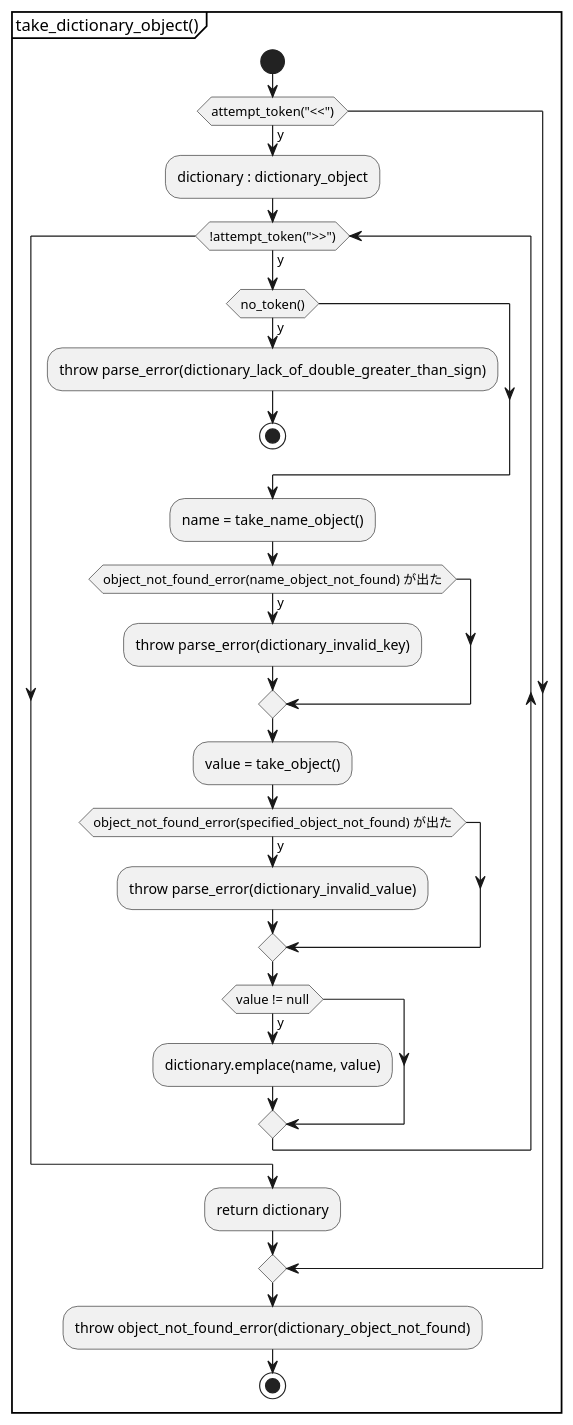
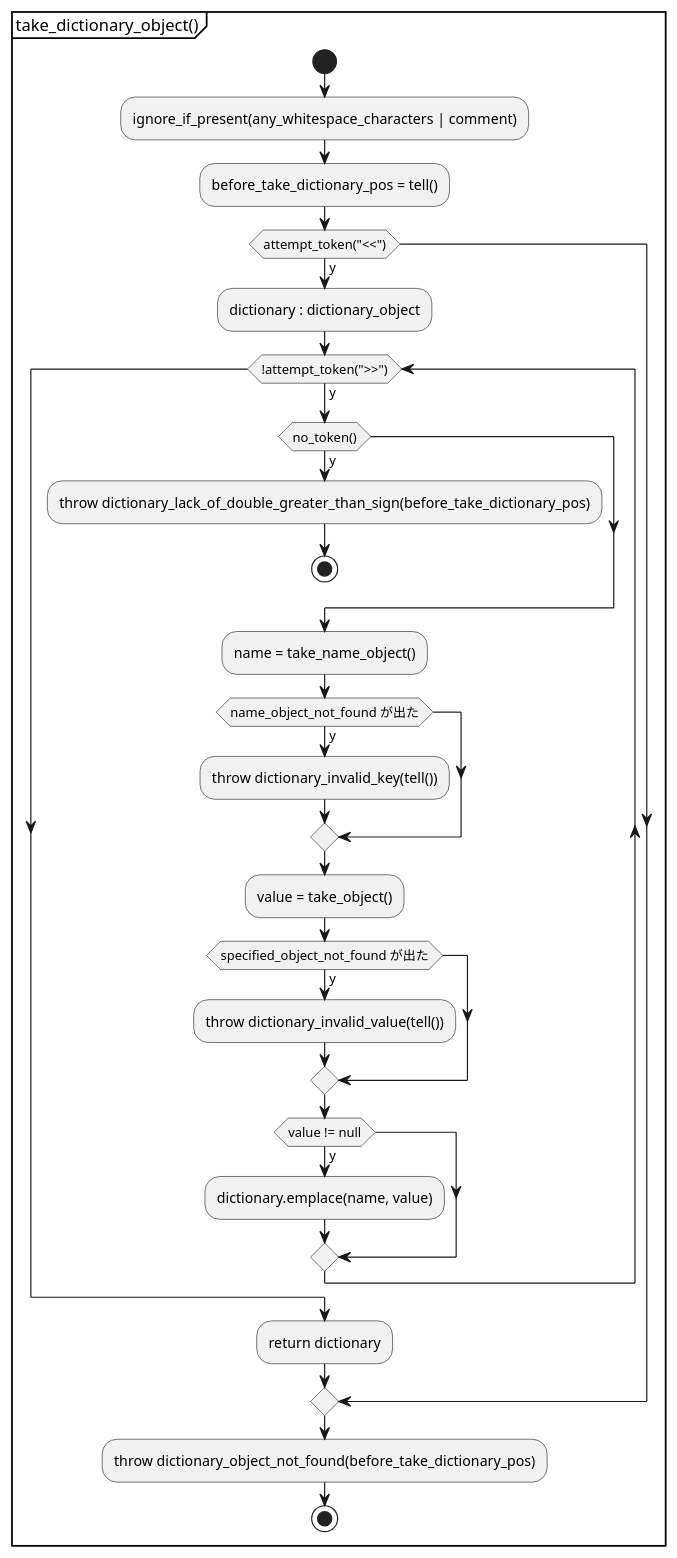
Before and after one commit to KodaiYM/PDFReader: the ninth of 15 diagrams in document/document_reader/ipdfstream/object_stream/object_stream.activity.pu, drawn with PlantUML. The commit also changed other lines of this file and 23 other files, not shown here.

```diff
--- a/document/document_reader/ipdfstream/object_stream/object_stream.activity.pu
+++ b/document/document_reader/ipdfstream/object_stream/object_stream.activity.pu
@@ -304,33 +324,36 @@
 @startuml take_dictionary_object
 partition "take_dictionary_object()" {
 start
+	:ignore_if_present(any_whitespace_characters | comment);
+	:before_take_dictionary_pos = tell();
+
 	if (attempt_token("<<")) then (y)
 		:dictionary : dictionary_object;
 
 		while (!attempt_token(">>")) is (y)
 			if (no_token()) then (y)
-				:throw parse_error(dictionary_lack_of_double_greater_than_sign);
+				:throw dictionary_lack_of_double_greater_than_sign(before_take_dictionary_pos);
 				stop
 			endif
 
 			:name = take_name_object();
-			if (object_not_found_error(name_object_not_found) が出た) then (y)
-				:throw parse_error(dictionary_invalid_key);
+			if (name_object_not_found が出た) then (y)
+				:throw dictionary_invalid_key(tell());
 			endif
 
 			:value = take_object();
-			if (object_not_found_error(specified_object_not_found) が出た) then (y)
-				:throw parse_error(dictionary_invalid_value);
+			if (specified_object_not_found が出た) then (y)
+				:throw dictionary_invalid_value(tell());
 			endif
 			if (value != null) then (y)
 				:dictionary.emplace(name, value);
 			endif
 		endwhile
 
 		:return dictionary;
 	endif
 
-	:throw object_not_found_error(dictionary_object_not_found);
+	:throw dictionary_object_not_found(before_take_dictionary_pos);
 stop
 }
 @enduml
```
